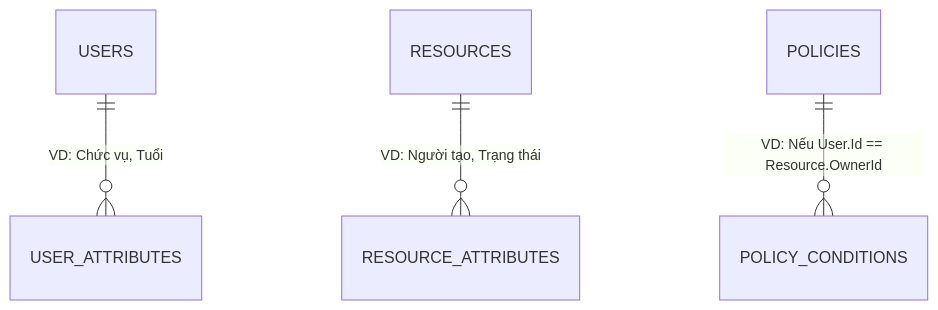
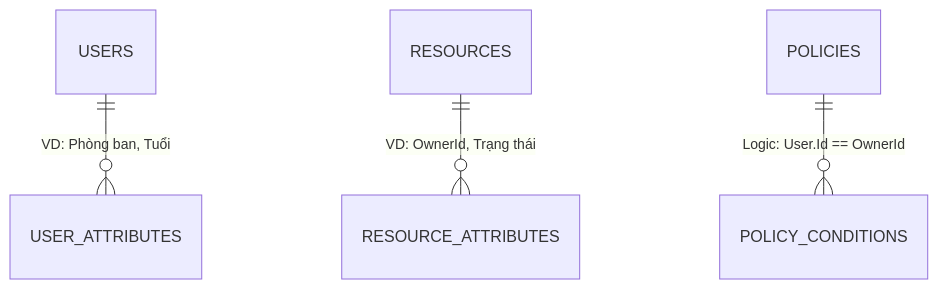
One commit to thang1834/DemoCsharp-CleanArchitecture changed the fifth of 12 diagrams in docs/presentation_script_v2.md. Above: the diagram before and after it, drawn with Mermaid. The commit also changed other lines of this file, not shown here.

````diff
--- a/docs/presentation_script_v2.md
+++ b/docs/presentation_script_v2.md
@@ -90,6 +123,6 @@
 ```mermaid
 erDiagram
-    USERS ||--o{ USER_ATTRIBUTES : "VD: Chức vụ, Tuổi"
-    RESOURCES ||--o{ RESOURCE_ATTRIBUTES : "VD: Người tạo, Trạng thái"
-    POLICIES ||--o{ POLICY_CONDITIONS : "VD: Nếu User.Id == Resource.OwnerId"
+    USERS ||--o{ USER_ATTRIBUTES : "VD: Phòng ban, Tuổi"
+    RESOURCES ||--o{ RESOURCE_ATTRIBUTES : "VD: OwnerId, Trạng thái"
+    POLICIES ||--o{ POLICY_CONDITIONS : "Logic: User.Id == OwnerId"
 ```
````
